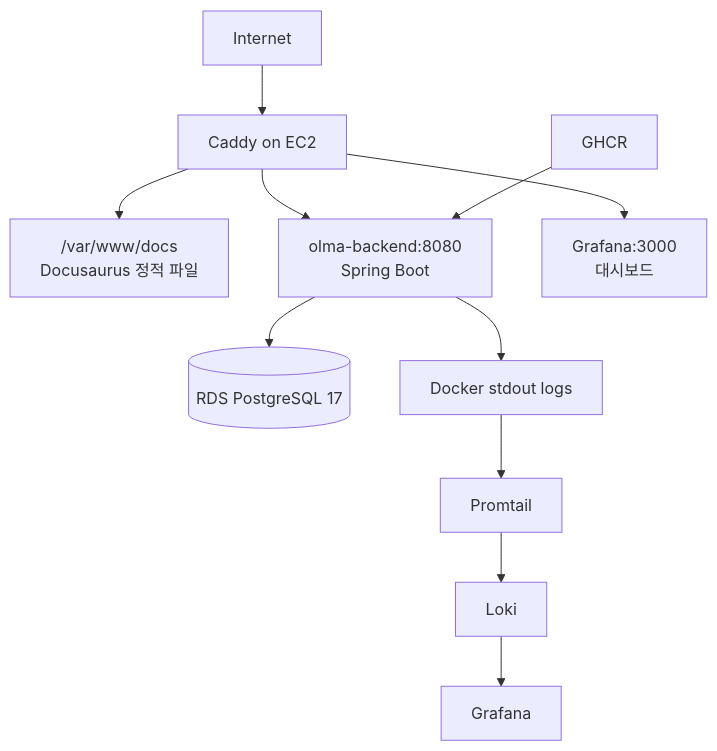
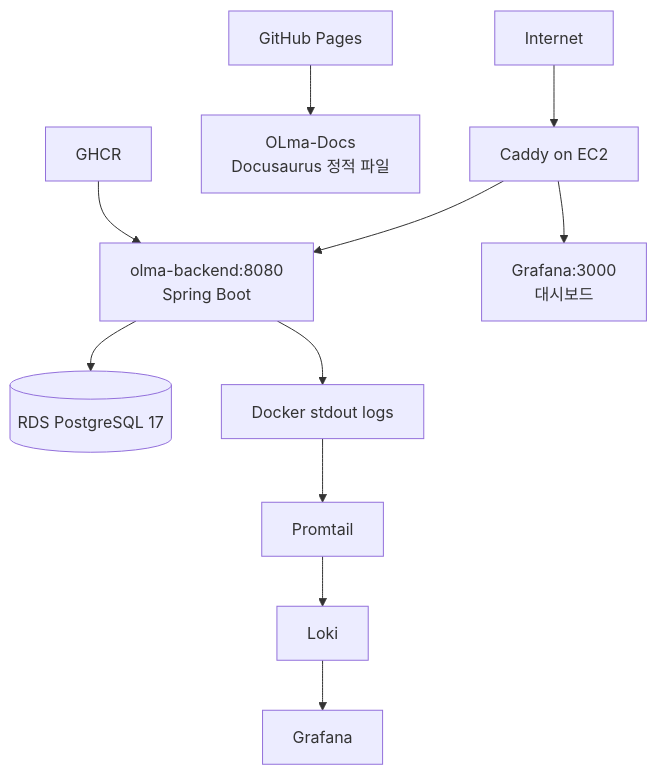
One commit to Olma-Web/OLma-Docs changed the second of 3 diagrams in docs/ops/deploy.md. Above: the diagram before and after it, drawn with Mermaid. The commit also changed other lines of this file and 6 other files, not shown here.

Commit message:
DOCS: GitHub Pages 배포 설정

````diff
--- a/docs/ops/deploy.md
+++ b/docs/ops/deploy.md
@@ -164,13 +149,13 @@
 ```mermaid
 flowchart TD
   internet["Internet"] --> caddy["Caddy on EC2"]
-  caddy --> docs["/var/www/docs<br/>Docusaurus 정적 파일"]
   caddy --> api["olma-backend:8080<br/>Spring Boot"]
   caddy --> grafanaUi["Grafana:3000<br/>대시보드"]
+  pages["GitHub Pages"] --> docs["OLma-Docs<br/>Docusaurus 정적 파일"]
   api --> rds[("RDS PostgreSQL 17")]
   api --> dockerLogs["Docker stdout logs"]
   dockerLogs --> promtail["Promtail"]
   promtail --> loki["Loki"]
   loki --> grafana["Grafana"]
   ghcr["GHCR"] --> api
 ```
````
